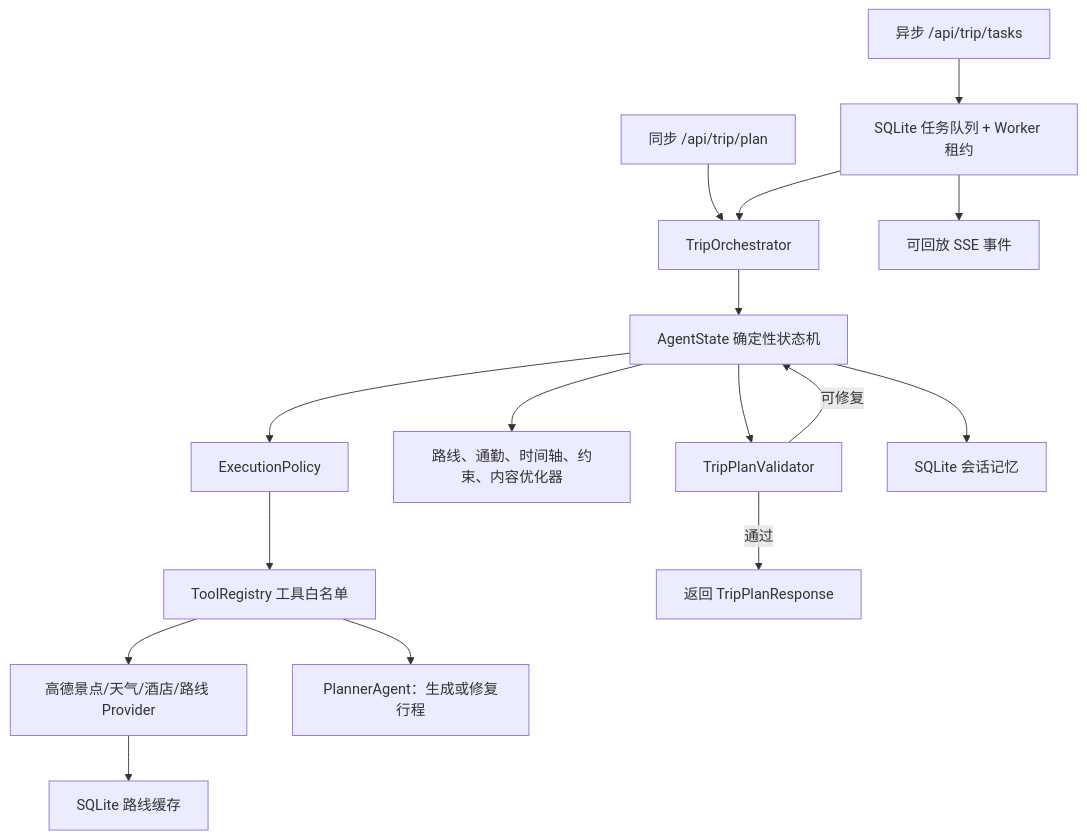
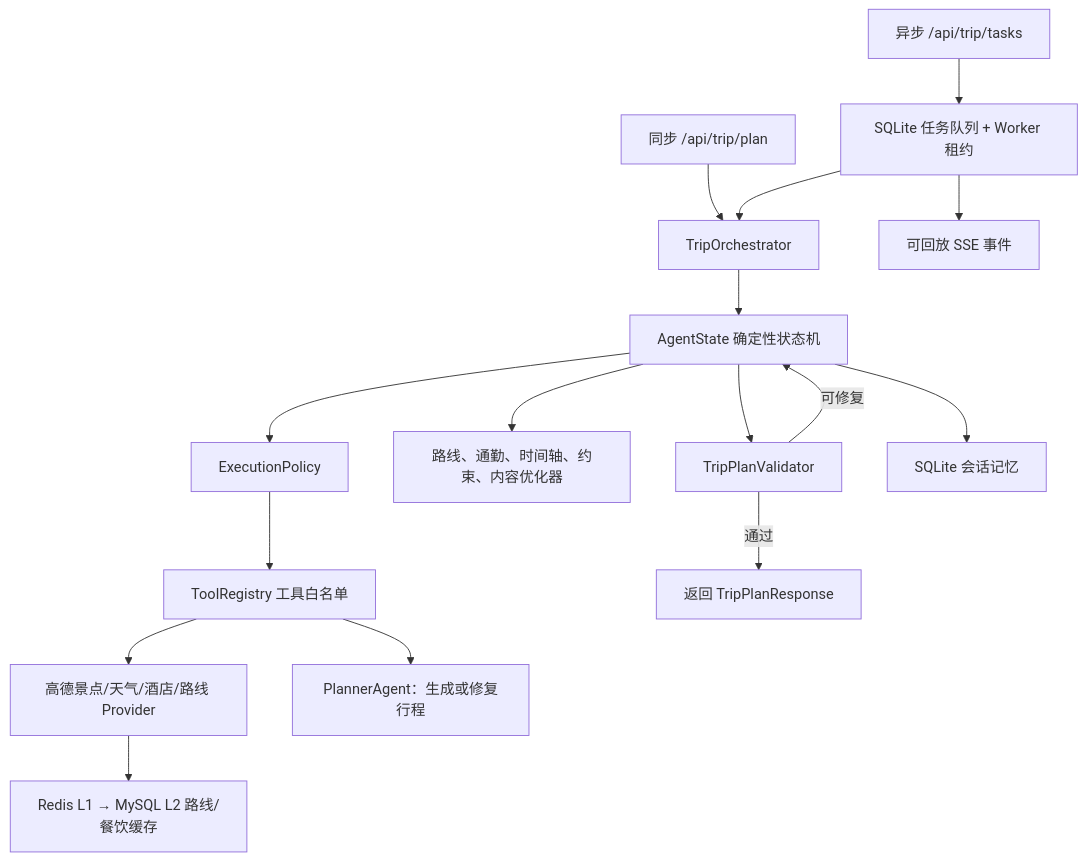
One commit to huanghu0/travel-agent-backend changed the diagram in docs/project-capabilities.md. Above: the diagram before and after it, drawn with Mermaid. The commit also changed other lines of this file and 17 other files, not shown here.

````diff
--- a/docs/project-capabilities.md
+++ b/docs/project-capabilities.md
@@ -16,18 +16,18 @@
 ```mermaid
 flowchart TD
     A["同步 /api/trip/plan"] --> B["TripOrchestrator"]
     A2["异步 /api/trip/tasks"] --> Q["SQLite 任务队列 + Worker 租约"]
     Q --> B
     Q --> S["可回放 SSE 事件"]
     B --> C["AgentState 确定性状态机"]
     C --> D["ExecutionPolicy"]
     D --> E["ToolRegistry 工具白名单"]
     E --> F["高德景点/天气/酒店/路线 Provider"]
     E --> G["PlannerAgent：生成或修复行程"]
     C --> H["路线、通勤、时间轴、约束、内容优化器"]
     C --> I["TripPlanValidator"]
     C --> J["SQLite 会话记忆"]
-    F --> K["SQLite 路线缓存"]
+    F --> K["Redis L1 → MySQL L2 路线/餐饮缓存"]
     I -->|通过| L["返回 TripPlanResponse"]
     I -->|可修复| C
 ```
````
